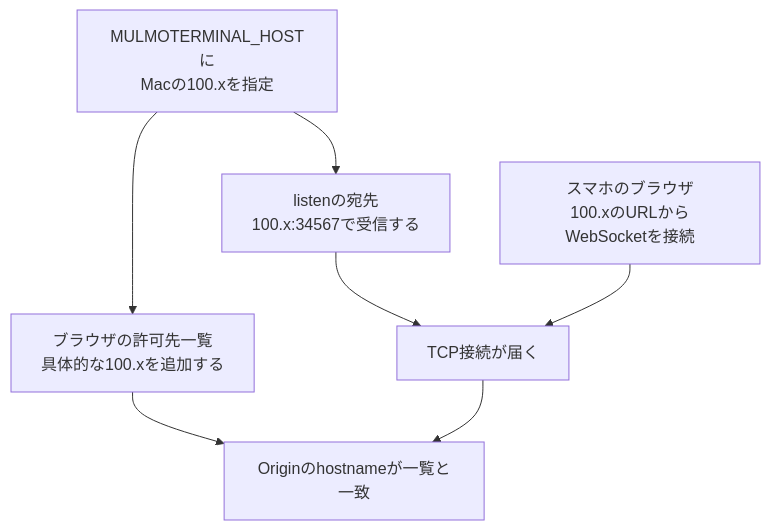
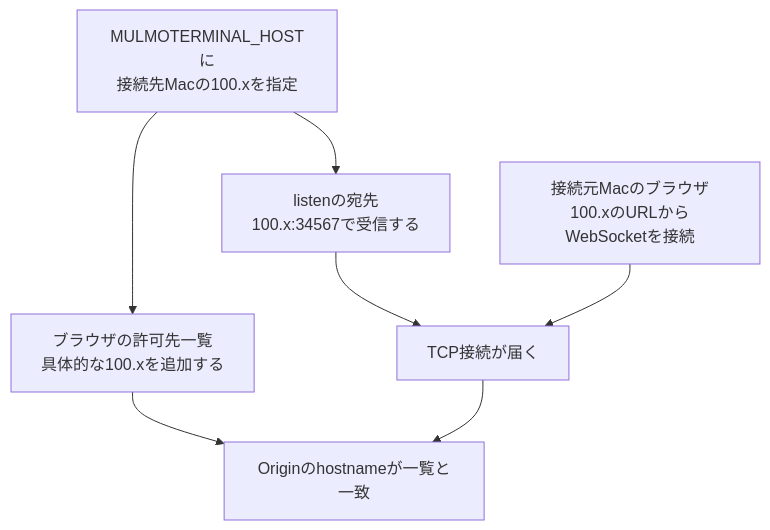
Before and after one commit to susumutomita/zenn-article: the sixth of 6 diagrams in articles/tailscale-mulmoterminal-network.md, drawn with Mermaid. The commit also changed other lines of this file, not shown here.

````diff
--- a/articles/tailscale-mulmoterminal-network.md
+++ b/articles/tailscale-mulmoterminal-network.md
@@ -480,12 +486,12 @@
 ```mermaid
 flowchart TD
-  A["MULMOTERMINAL_HOSTに<br/>Macの100.xを指定"]
+  A["MULMOTERMINAL_HOSTに<br/>接続先Macの100.xを指定"]
   B["listenの宛先<br/>100.x:34567で受信する"]
   C["ブラウザの許可先一覧<br/>具体的な100.xを追加する"]
-  D["スマホのブラウザ<br/>100.xのURLからWebSocketを接続"]
+  D["接続元Macのブラウザ<br/>100.xのURLからWebSocketを接続"]
   E["TCP接続が届く"]
   F["Originのhostnameが一覧と一致"]
   A --> B --> E
   A --> C --> F
   D --> E --> F
 ```
````
